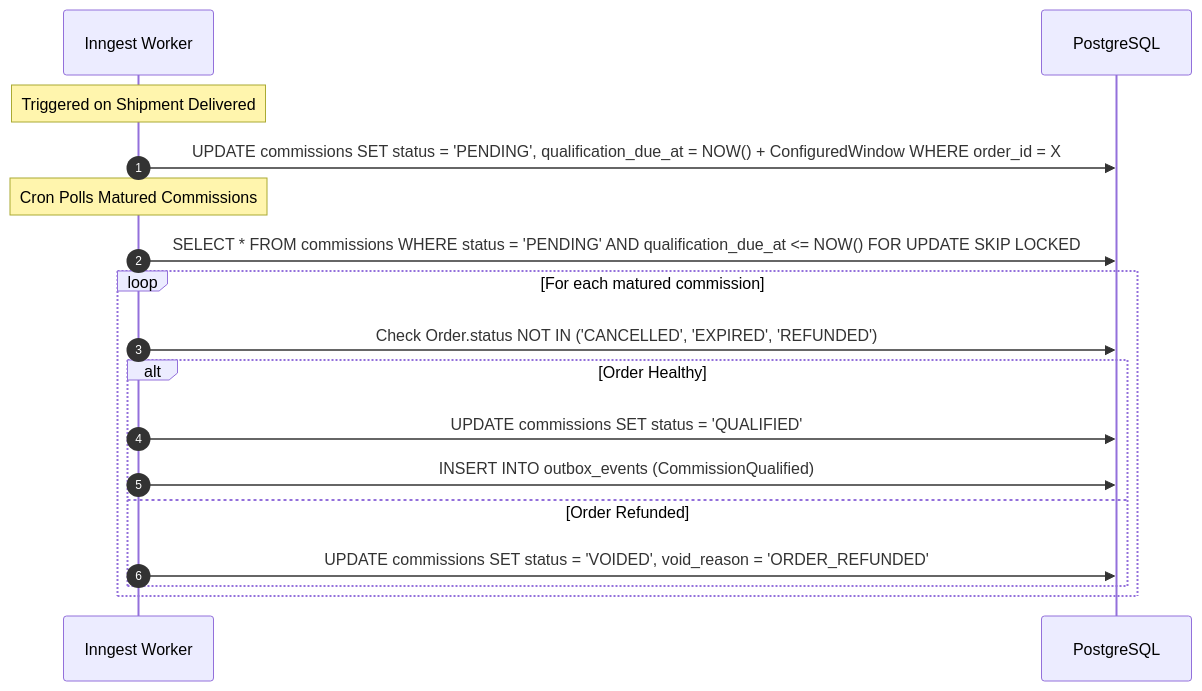
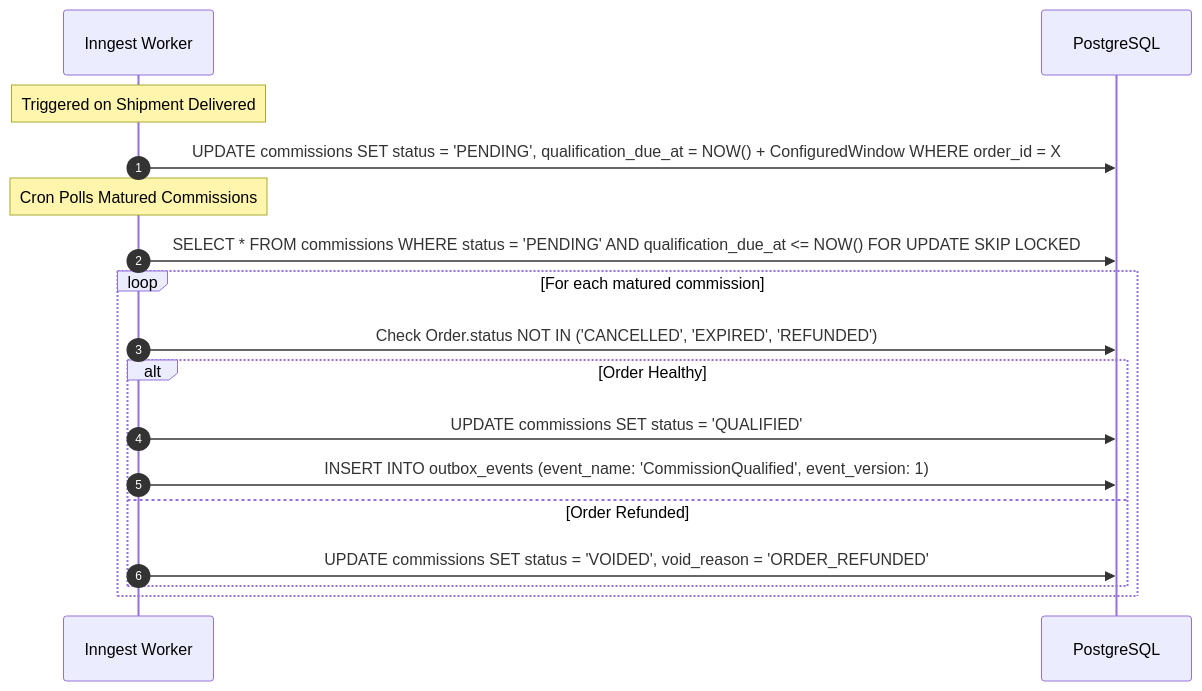
Before and after one commit to SaeBryxn/GamerPeru-Vercel: diagram 14 of 15 in docs/architecture/COMMERCE_DOMAIN_MODEL.md, drawn with Mermaid. The commit also changed other lines of this file and 1 other file, not shown here.

Commit message:
docs: finalize GP-004 schema readiness

````diff
--- a/docs/architecture/COMMERCE_DOMAIN_MODEL.md
+++ b/docs/architecture/COMMERCE_DOMAIN_MODEL.md
@@ -1408,21 +1466,21 @@
 ```mermaid
 sequenceDiagram
     autonumber
     participant Inngest as Inngest Worker
     participant DB as PostgreSQL
 
     Note over Inngest: Triggered on Shipment Delivered
     Inngest->>DB: UPDATE commissions SET status = 'PENDING', qualification_due_at = NOW() + ConfiguredWindow WHERE order_id = X
     
     Note over Inngest: Cron Polls Matured Commissions
     Inngest->>DB: SELECT * FROM commissions WHERE status = 'PENDING' AND qualification_due_at <= NOW() FOR UPDATE SKIP LOCKED
     loop For each matured commission
         Inngest->>DB: Check Order.status NOT IN ('CANCELLED', 'EXPIRED', 'REFUNDED')
         alt Order Healthy
             Inngest->>DB: UPDATE commissions SET status = 'QUALIFIED'
-            Inngest->>DB: INSERT INTO outbox_events (CommissionQualified)
+            Inngest->>DB: INSERT INTO outbox_events (event_name: 'CommissionQualified', event_version: 1)
         else Order Refunded
             Inngest->>DB: UPDATE commissions SET status = 'VOIDED', void_reason = 'ORDER_REFUNDED'
         end
     end
 ```
````
